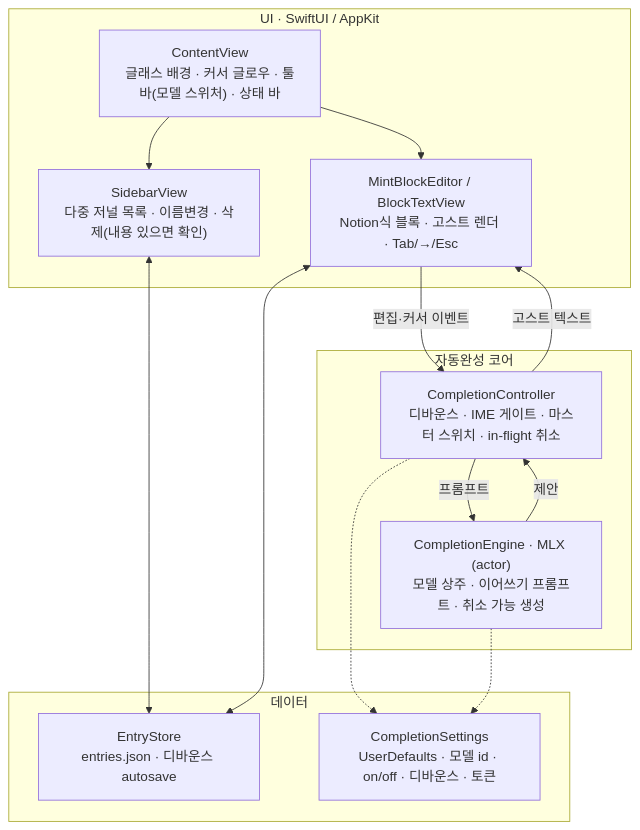
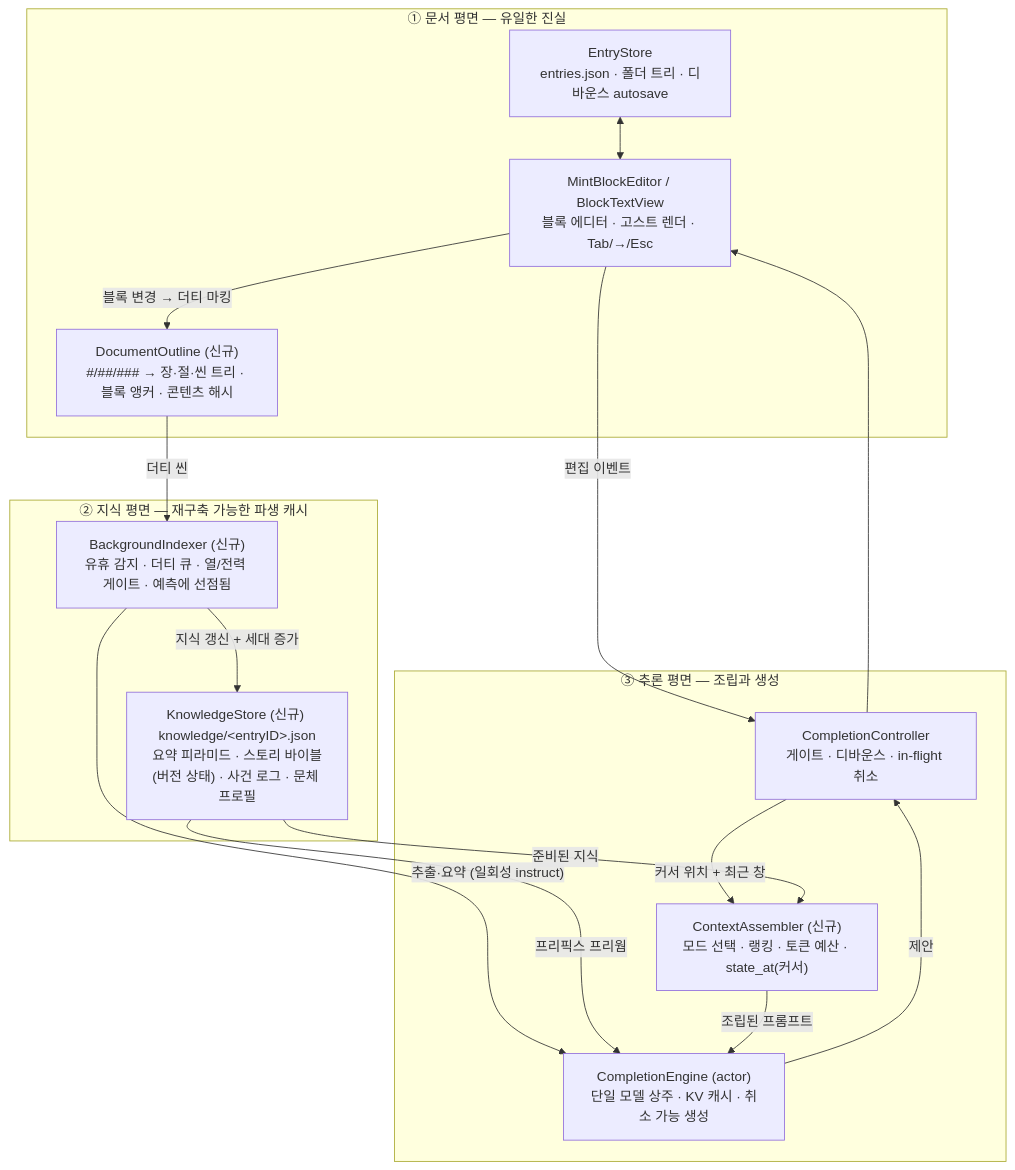
One commit to sorbetsharkroundhand/MINT changed the diagram in PLAN.md. Above: the diagram before and after it, drawn with Mermaid. The commit also changed other lines of this file and 1 other file, not shown here.

````diff
--- a/PLAN.md
+++ b/PLAN.md
@@ -42,24 +61,29 @@
 ```mermaid
 flowchart TD
-    subgraph UI["UI · SwiftUI / AppKit"]
-        CV["ContentView<br/>글래스 배경 · 커서 글로우 · 툴바(모델 스위처) · 상태 바"]
-        SB["SidebarView<br/>다중 저널 목록 · 이름변경 · 삭제(내용 있으면 확인)"]
-        BE["MintBlockEditor / BlockTextView<br/>Notion식 블록 · 고스트 렌더 · Tab/→/Esc"]
+    subgraph DOC["① 문서 평면 — 유일한 진실"]
+        BE["MintBlockEditor / BlockTextView<br/>블록 에디터 · 고스트 렌더 · Tab/→/Esc"]
+        ES["EntryStore<br/>entries.json · 폴더 트리 · 디바운스 autosave"]
+        OL["DocumentOutline (신규)<br/>#/##/### → 장·절·씬 트리 · 블록 앵커 · 콘텐츠 해시"]
     end
-    subgraph CORE["자동완성 코어"]
-        CC["CompletionController<br/>디바운스 · IME 게이트 · 마스터 스위치 · in-flight 취소"]
-        CE["CompletionEngine · MLX (actor)<br/>모델 상주 · 이어쓰기 프롬프트 · 취소 가능 생성"]
+    subgraph KNOW["② 지식 평면 — 재구축 가능한 파생 캐시"]
+        BI["BackgroundIndexer (신규)<br/>유휴 감지 · 더티 큐 · 열/전력 게이트 · 예측에 선점됨"]
+        KS["KnowledgeStore (신규) knowledge/&lt;entryID&gt;.json<br/>요약 피라미드 · 스토리 바이블(버전 상태) · 사건 로그 · 문체 프로필"]
     end
-    subgraph DATA["데이터"]
-        ES["EntryStore<br/>entries.json · 디바운스 autosave"]
-        ST["CompletionSettings<br/>UserDefaults · 모델 id · on/off · 디바운스 · 토큰"]
+    subgraph INF["③ 추론 평면 — 조립과 생성"]
+        CC["CompletionController<br/>게이트 · 디바운스 · in-flight 취소"]
+        CA["ContextAssembler (신규)<br/>모드 선택 · 랭킹 · 토큰 예산 · state_at(커서)"]
+        CE["CompletionEngine (actor)<br/>단일 모델 상주 · KV 캐시 · 취소 가능 생성"]
     end
 
-    CV --> SB & BE
-    BE -->|"편집·커서 이벤트"| CC
-    CC -->|"프롬프트"| CE
-    CE -->|"제안"| CC
-    CC -->|"고스트 텍스트"| BE
-    SB & BE <--> ES
-    CC & CE -.-> ST
+    BE -->|"편집 이벤트"| CC
+    BE -->|"블록 변경 → 더티 마킹"| OL
+    OL -->|"더티 씬"| BI
+    BI -->|"추출·요약 (일회성 instruct)"| CE
+    BI -->|"지식 갱신 + 세대 증가"| KS
+    KS -->|"프리픽스 프리웜"| CE
+    CC -->|"커서 위치 + 최근 창"| CA
+    KS -->|"준비된 지식"| CA
+    CA -->|"조립된 프롬프트"| CE
+    CE -->|"제안"| CC --> BE
+    ES <--> BE
 ```
````
